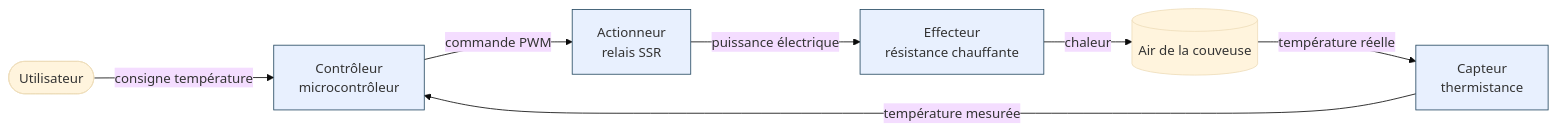
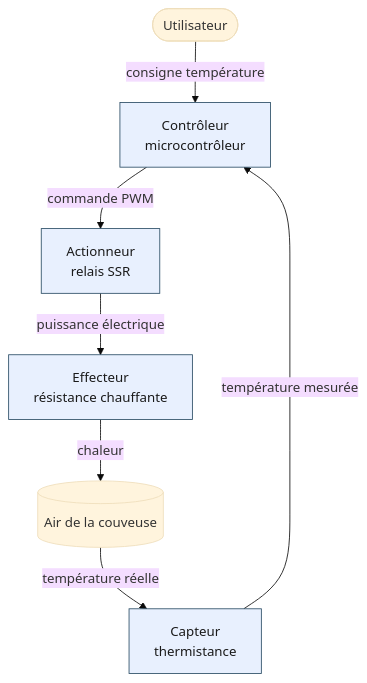
One commit to TimTurko/TheSkillCodex changed the diagram in content/fiches/eee/schema-bloc-fonctionnel.md. Above: the diagram before and after it, drawn with Mermaid (base theme). The commit also changed other lines of this file and 2 other files, not shown here.

````diff
--- a/content/fiches/eee/schema-bloc-fonctionnel.md
+++ b/content/fiches/eee/schema-bloc-fonctionnel.md
@@ -48,12 +55,12 @@
 ```mermaid
-flowchart LR
-    U([Utilisateur]) -- consigne température --> CTRL[Contrôleur<br/>microcontrôleur]
-    CAPT[Capteur<br/>thermistance] -- température mesurée --> CTRL
-    CTRL -- commande PWM --> ACT[Actionneur<br/>relais SSR]
+flowchart TD
+    U([Utilisateur]) -- consigne température --> CTRL
+    CTRL[Contrôleur<br/>microcontrôleur] -- commande PWM --> ACT[Actionneur<br/>relais SSR]
     ACT -- puissance électrique --> EFF[Effecteur<br/>résistance chauffante]
     EFF -- chaleur --> ENV[(Air de la couveuse)]
-    ENV -- température réelle --> CAPT
+    ENV -- température réelle --> CAPT[Capteur<br/>thermistance]
+    CAPT -- température mesurée --> CTRL
 
-    classDef sys fill:#e8f0fe,stroke:#284b63;
+    classDef sys fill:#e8f0fe,stroke:#284b63,color:#1a1a1a;
     class CTRL,CAPT,ACT,EFF sys;
 ```
````
